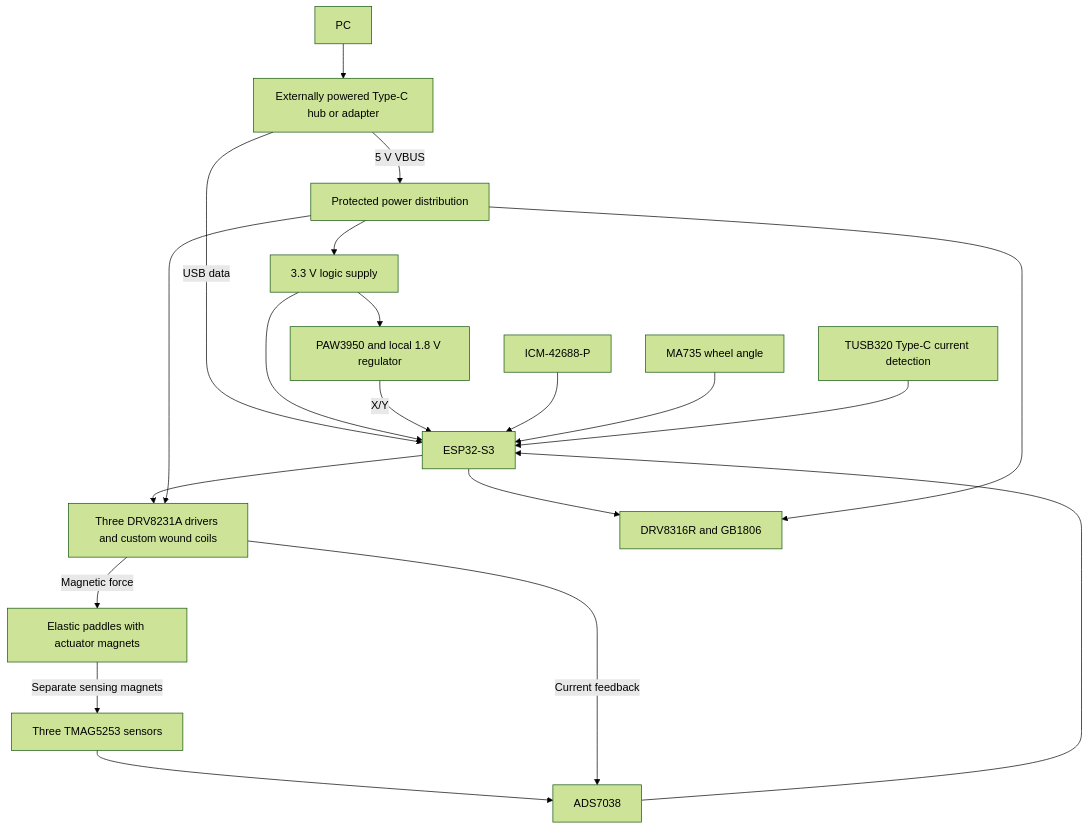
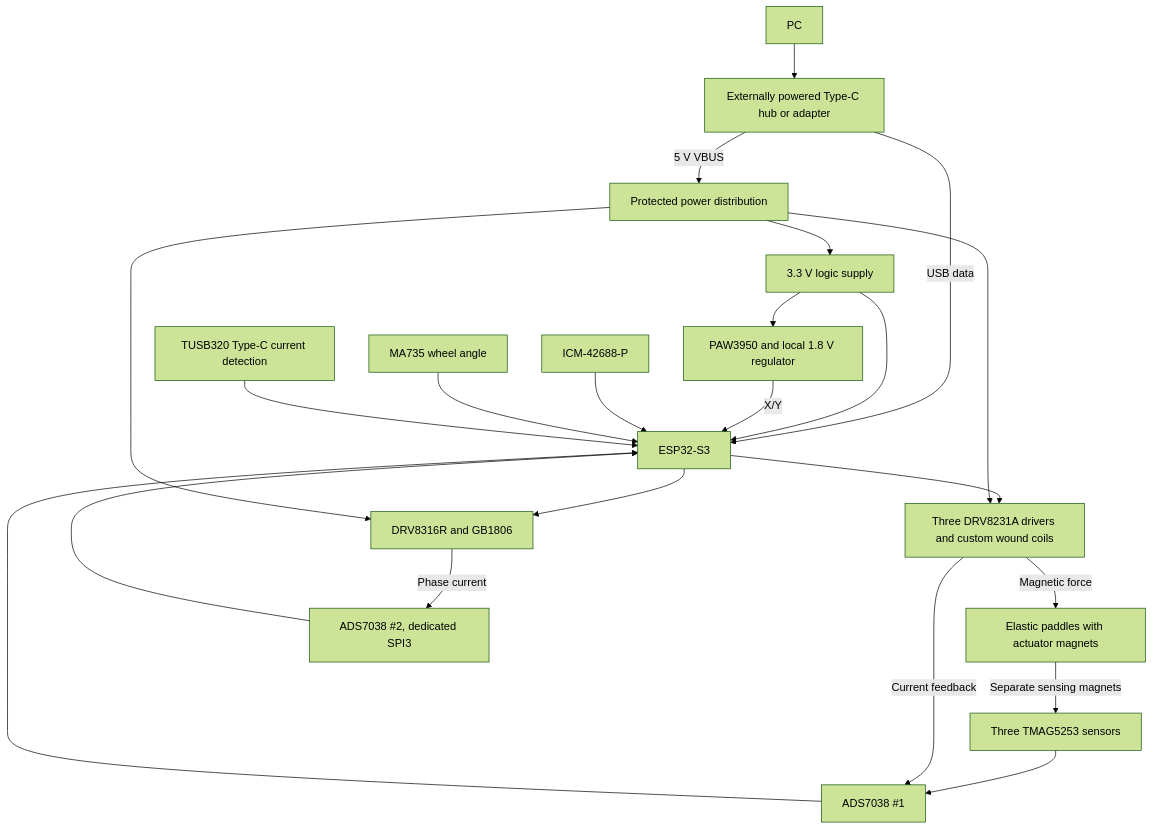
The diagram in docs/architecture.md (sbarisic/MagMouse), drawn with Mermaid (forest theme) before and after one commit. The commit also changed other lines of this file and 24 other files, not shown here.

````diff
--- a/docs/architecture.md
+++ b/docs/architecture.md
@@ -21,22 +21,24 @@
 ```mermaid
 flowchart TD
     PC[PC] --> Hub[Externally powered Type-C hub or adapter]
     Hub -->|USB data| MCU[ESP32-S3]
     Hub -->|5 V VBUS| Power[Protected power distribution]
     Power --> Logic[3.3 V logic supply]
     Logic --> MCU
     Logic --> Optical[PAW3950 and local 1.8 V regulator]
     Optical -->|X/Y| MCU
     IMU[ICM-42688-P] --> MCU
-    Hall[Three TMAG5253 sensors] --> ADC[ADS7038]
+    Hall[Three TMAG5253 sensors] --> ADC[ADS7038 #1]
     ADC --> MCU
     MCU --> Buttons[Three DRV8231A drivers and custom wound coils]
     Buttons -->|Current feedback| ADC
     Buttons -->|Magnetic force| Paddles[Elastic paddles with actuator magnets]
     Paddles -->|Separate sensing magnets| Hall
     MCU --> Wheel[DRV8316R and GB1806]
     Angle[MA735 wheel angle] --> MCU
+    Wheel -->|Phase current| ADC2[ADS7038 #2, dedicated SPI3]
+    ADC2 --> MCU
     Power --> Buttons
     Power --> Wheel
     CC[TUSB320 Type-C current detection] --> MCU
 ```
````
